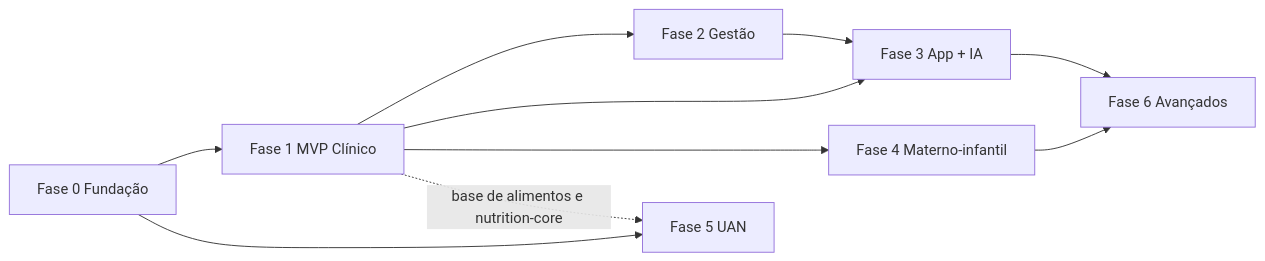
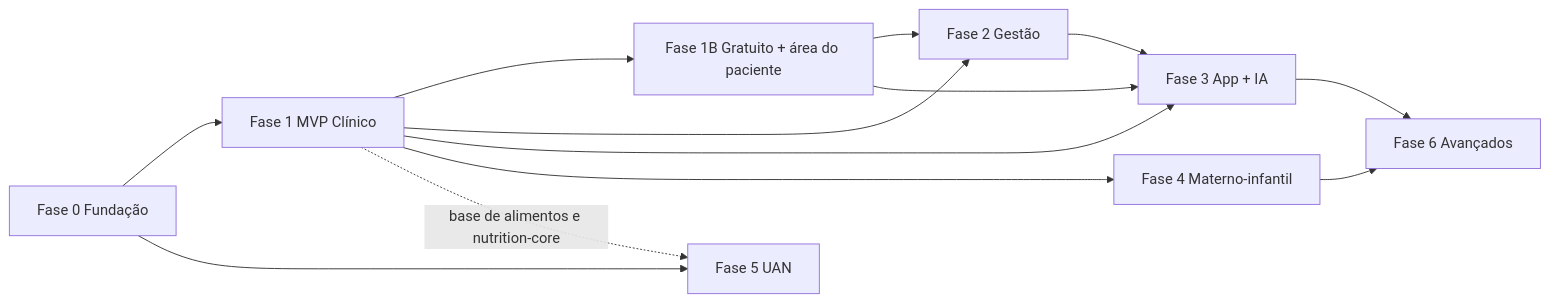
The diagram in docs/plano/00-visao-geral.md (brunokobi/plataforma_rafanutri), drawn with Mermaid before and after one commit. The commit also changed other lines of this file and 10 other files, not shown here.

Commit message:
docs: fase 1B com plano gratuito de 20 pacientes e área do paciente

````diff
--- a/docs/plano/00-visao-geral.md
+++ b/docs/plano/00-visao-geral.md
@@ -60,12 +65,15 @@
 ```mermaid
 flowchart LR
   F0[Fase 0 Fundação] --> F1[Fase 1 MVP Clínico]
+  F1 --> F1B[Fase 1B Gratuito + área do paciente]
+  F1B --> F2
+  F1B --> F3
   F1 --> F2[Fase 2 Gestão]
   F1 --> F3[Fase 3 App + IA]
   F2 --> F3
   F1 --> F4[Fase 4 Materno-infantil]
   F0 --> F5[Fase 5 UAN]
   F1 -. base de alimentos e nutrition-core .-> F5
   F3 --> F6[Fase 6 Avançados]
   F4 --> F6
 ```
````
